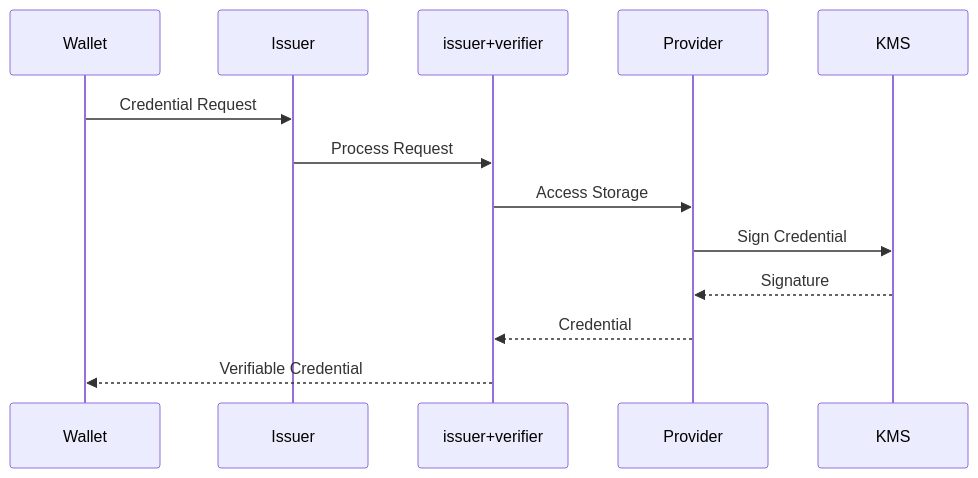
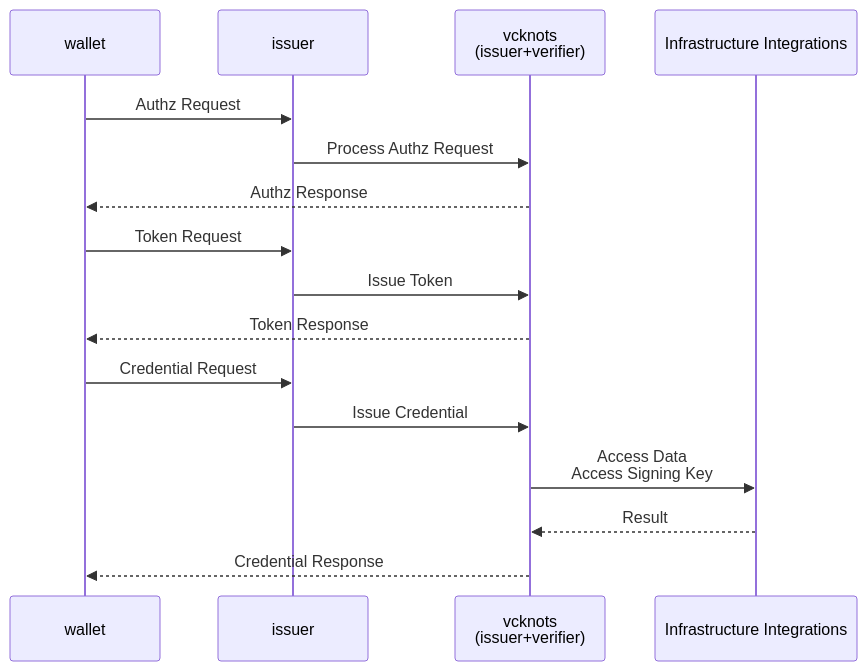
Before and after one commit to trustknots/vcknots: the third of 4 diagrams in docs/i18n/ja/docusaurus-plugin-content-docs/current/architecture-overview.md, drawn with Mermaid. The commit also changed other lines of this file, not shown here.

Commit message:
docs: refactor architecture-overview

````diff
--- a/docs/i18n/ja/docusaurus-plugin-content-docs/current/architecture-overview.md
+++ b/docs/i18n/ja/docusaurus-plugin-content-docs/current/architecture-overview.md
@@ -123,23 +140,24 @@
 ```mermaid
 sequenceDiagram
 
-    participant Wallet
-    participant Issuer
-    participant Library as issuer+verifier
-    participant Provider
-    participant KMS
+    participant wallet
+    participant issuer
+    participant vcknots as vcknots<br/>(issuer+verifier)
+    participant infra as Infrastructure Integrations
 
-    Wallet->>Issuer: Credential Request
+    wallet->>issuer: Authz Request
+    issuer->>vcknots: Process Authz Request
+    vcknots-->>wallet: Authz Response
 
-    Issuer->>Library: Process Request
+    wallet->>issuer: Token Request
+    issuer->>vcknots: Issue Token
+    vcknots-->>wallet: Token Response
 
-    Library->>Provider: Access Storage
+    wallet->>issuer: Credential Request
+    issuer->>vcknots: Issue Credential
 
-    Provider->>KMS: Sign Credential
+    vcknots->>infra: Access Data<br/>Access Signing Key
+    infra-->>vcknots: Result
 
-    KMS-->>Provider: Signature
-
-    Provider-->>Library: Credential
-
-    Library-->>Wallet: Verifiable Credential
+    vcknots-->>wallet: Credential Response
 ```
````
